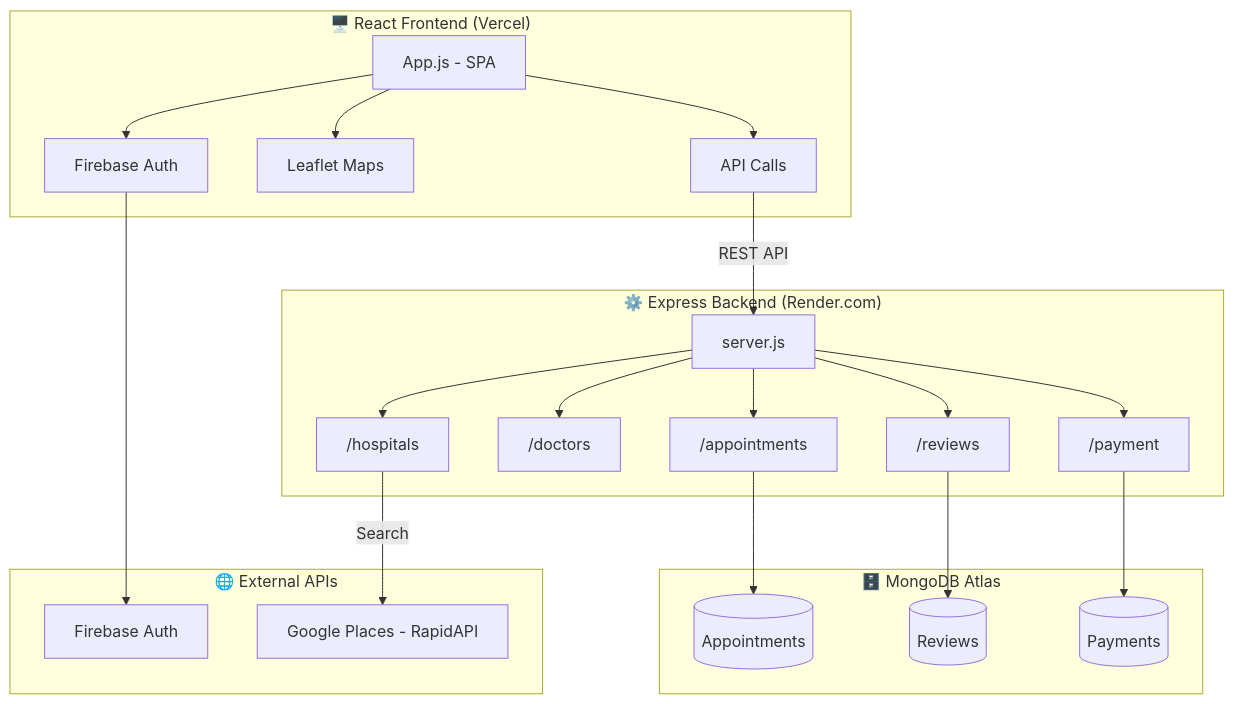
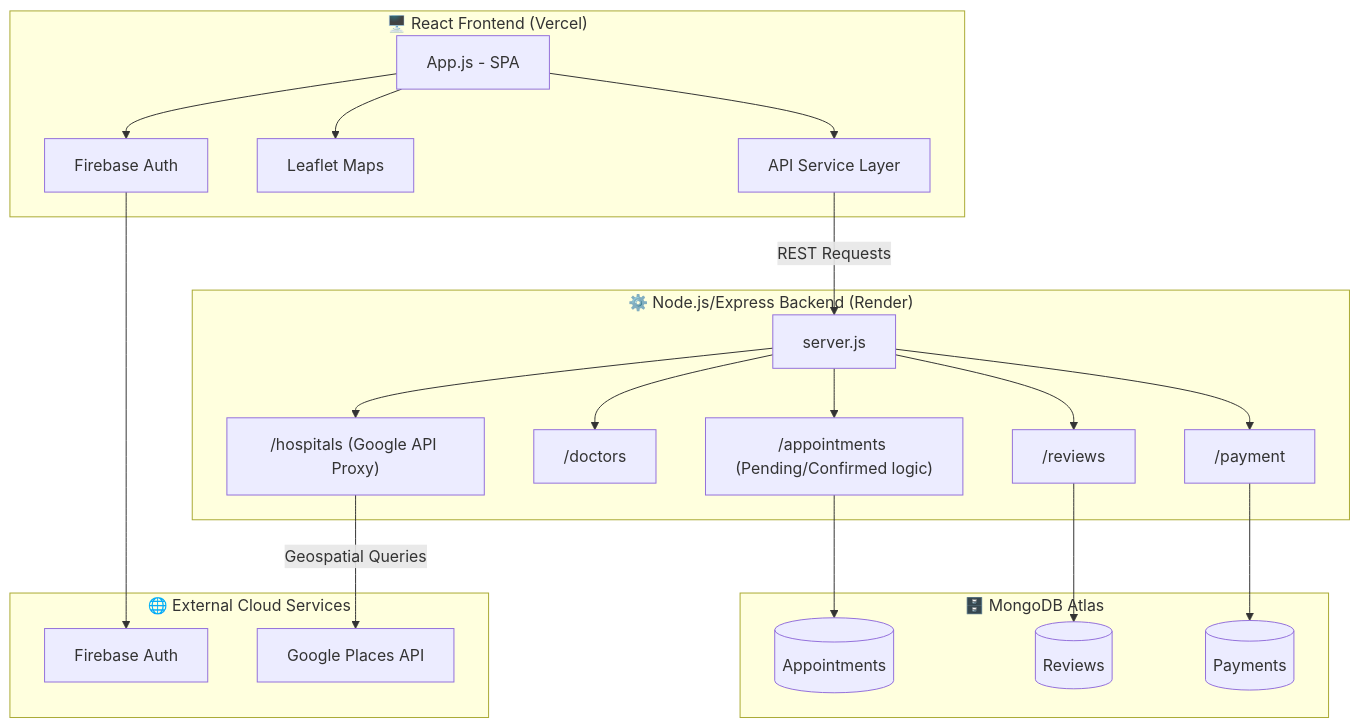
Before and after one commit to Dev7570/healthconnect: the diagram in README.md, drawn with Mermaid. The commit also changed other lines of this file, not shown here.

````diff
--- a/README.md
+++ b/README.md
@@ -86,34 +86,34 @@
 ```mermaid
 graph TB
     subgraph Frontend ["🖥️ React Frontend (Vercel)"]
         A[App.js - SPA] --> B[Firebase Auth]
         A --> C[Leaflet Maps]
-        A --> D[API Calls]
+        A --> D[API Service Layer]
     end
 
-    subgraph Backend ["⚙️ Express Backend (Render.com)"]
-        E[server.js] --> F["/hospitals"]
+    subgraph Backend ["⚙️ Node.js/Express Backend (Render)"]
+        E[server.js] --> F["/hospitals (Google API Proxy)"]
         E --> G["/doctors"]
-        E --> H["/appointments"]
+        E --> H["/appointments (Pending/Confirmed logic)"]
         E --> I["/reviews"]
         E --> J["/payment"]
     end
 
     subgraph Database ["🗄️ MongoDB Atlas"]
         K[(Appointments)]
         L[(Reviews)]
         M[(Payments)]
     end
 
-    subgraph External ["🌐 External APIs"]
-        N[Google Places - RapidAPI]
+    subgraph External ["🌐 External Cloud Services"]
+        N[Google Places API]
         O[Firebase Auth]
     end
 
-    D -->|REST API| E
-    F -->|Search| N
+    D -->|REST Requests| E
+    F -->|Geospatial Queries| N
     H --> K
     I --> L
     J --> M
     B --> O
 ```
````
